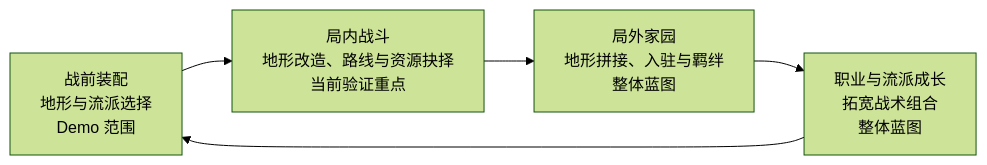
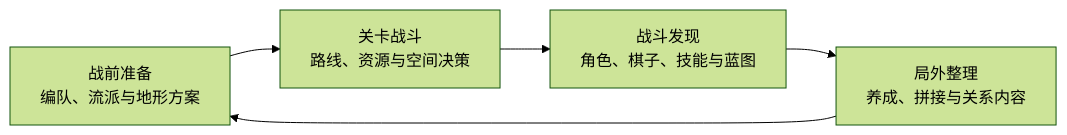
One commit to zrt13355123189-sudo/game-design-portfolio changed the first of 2 diagrams in projects/terrain/01_项目概览.md. Above: the diagram before and after it, drawn with Mermaid (forest theme). The commit also changed other lines of this file and 7 other files, not shown here.

````diff
--- a/projects/terrain/01_项目概览.md
+++ b/projects/terrain/01_项目概览.md
@@ -11,7 +17,7 @@
 ```mermaid
 flowchart LR
-    A[战前装配<br/>地形与流派选择<br/>Demo 范围] --> B[局内战斗<br/>地形改造、路线与资源抉择<br/>当前验证重点]
-    B --> C[局外家园<br/>地形拼接、入驻与羁绊<br/>整体蓝图]
-    C --> D[职业与流派成长<br/>拓宽战术组合<br/>整体蓝图]
+    A[战前准备<br/>编队、流派与地形方案] --> B[关卡战斗<br/>路线、资源与空间决策]
+    B --> C[战斗发现<br/>角色、棋子、技能与蓝图]
+    C --> D[局外整理<br/>养成、拼接与关系内容]
     D --> A
 ```
````
